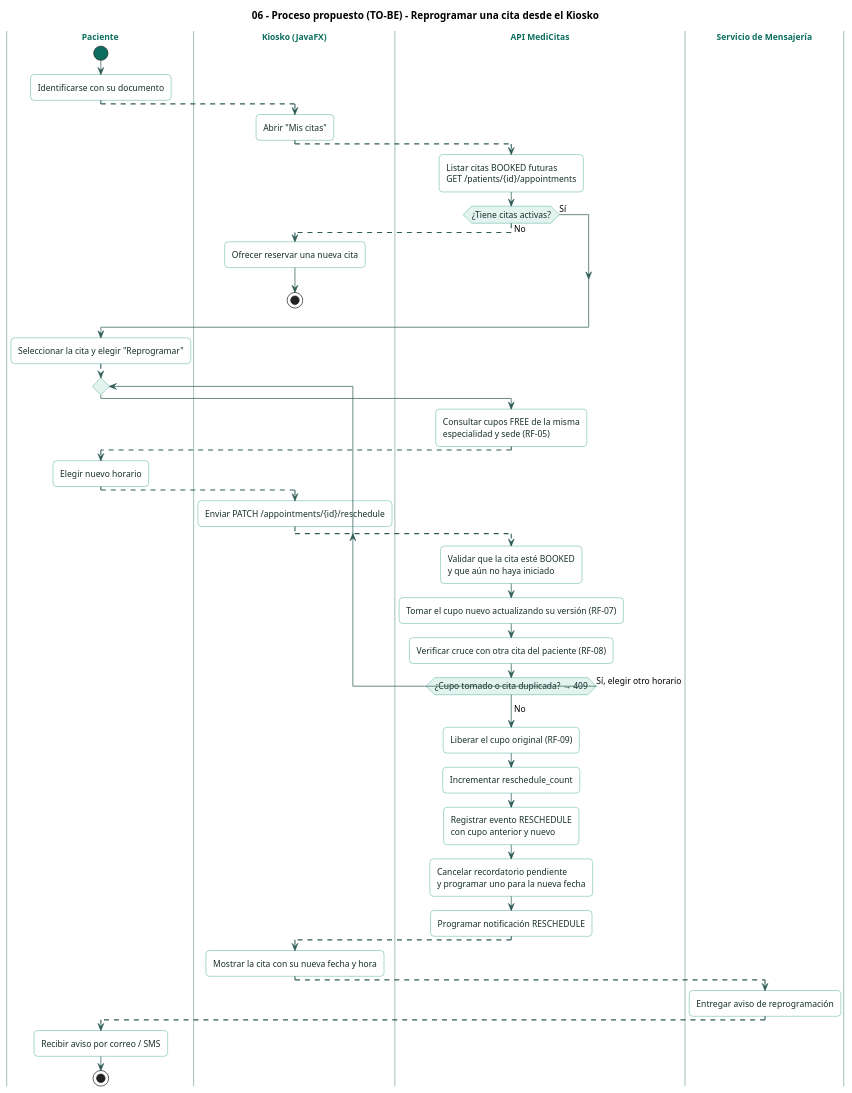
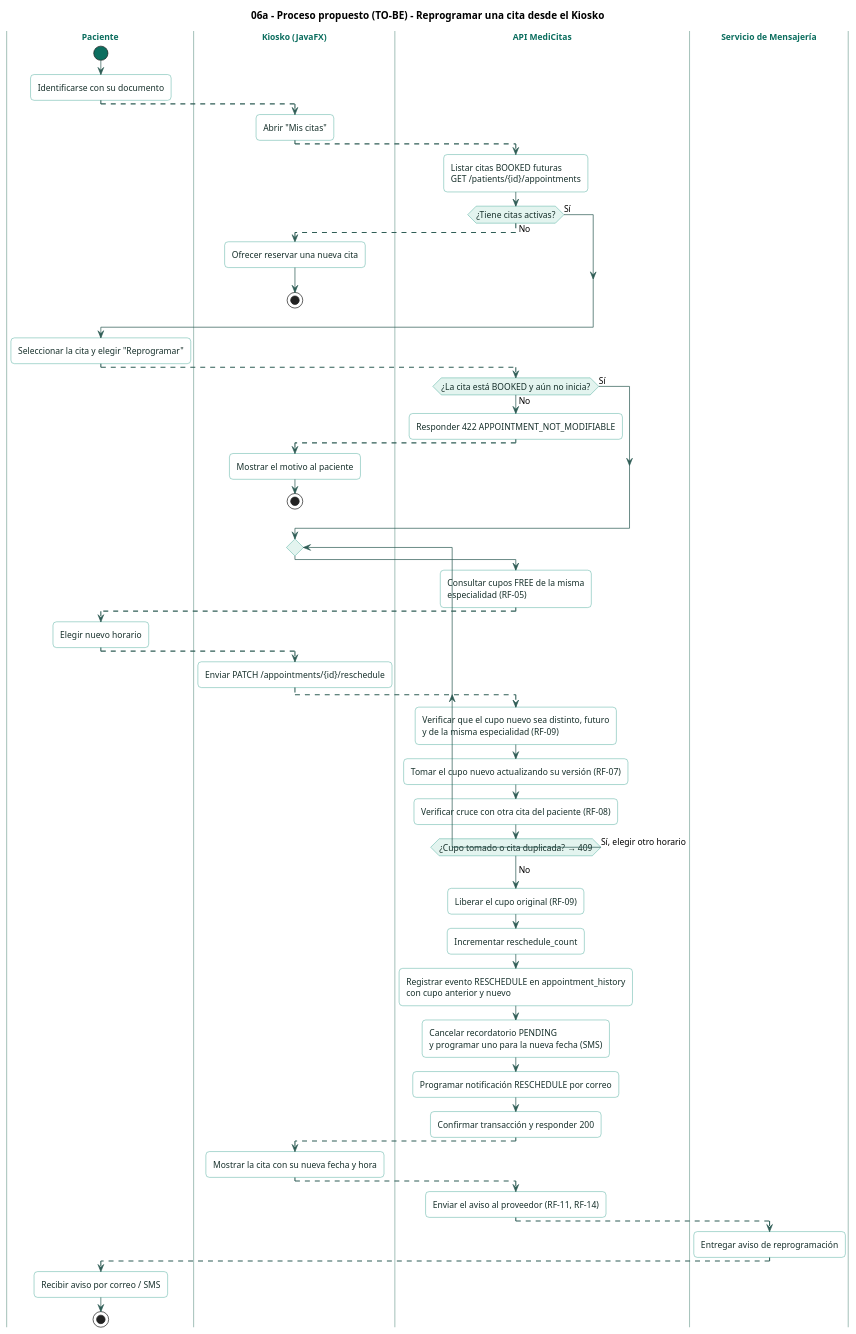
The diagram in docs/diagrams/06-process-reschedule.puml (Jimena-CC/ProyectoCitasMedicas), drawn with PlantUML before and after one commit. The commit also changed 6 other files, not shown here.

First line of the commit message:
docs(diagrams): corregir procesos y agregar atención del médico y ventanilla

```diff
--- a/docs/diagrams/06-process-reschedule.puml
+++ b/docs/diagrams/06-process-reschedule.puml
@@ -1,94 +1,109 @@
 @startuml
-title 06 - Proceso propuesto (TO-BE) - Reprogramar una cita desde el Kiosko
+title 06a - Proceso propuesto (TO-BE) - Reprogramar una cita desde el Kiosko
 
 skinparam shadowing false
 skinparam roundCorner 10
 skinparam defaultFontName "Helvetica"
 skinparam defaultFontSize 12
 skinparam ArrowColor #2F5D56
 skinparam SwimlaneBorderColor #A9C4BD
 skinparam SwimlaneTitleFontColor #0C6E5F
 skinparam SwimlaneTitleFontStyle bold
 skinparam activity {
   BackgroundColor #FFFFFF
   BorderColor #13917D
   FontColor #17302B
   DiamondBackgroundColor #E3F4EF
   DiamondBorderColor #13917D
   StartColor #0C6E5F
   EndColor #0C6E5F
 }
 skinparam note {
   BackgroundColor #FFF8E6
   BorderColor #D9B45A
   FontColor #3D3321
 }
 
 ' Orden de los carriles
 |Paciente|
 |Kiosko (JavaFX)|
 |API MediCitas|
 |Servicio de Mensajería|
 
 |Paciente|
 start
 :Identificarse con su documento;
 -[#2F5D56,dashed]->
 
 |Kiosko (JavaFX)|
 :Abrir "Mis citas";
 -[#2F5D56,dashed]->
 
 |API MediCitas|
 :Listar citas BOOKED futuras\nGET /patients/{id}/appointments;
 
 if (¿Tiene citas activas?) then (No)
   -[#2F5D56,dashed]->
   |Kiosko (JavaFX)|
   :Ofrecer reservar una nueva cita;
   stop
 else (Sí)
 endif
 -[#2F5D56,dashed]->
 
 |Paciente|
 :Seleccionar la cita y elegir "Reprogramar";
 -[#2F5D56,dashed]->
 
+|API MediCitas|
+if (¿La cita está BOOKED y aún no inicia?) then (No)
+  :Responder 422 APPOINTMENT_NOT_MODIFIABLE;
+  -[#2F5D56,dashed]->
+  |Kiosko (JavaFX)|
+  :Mostrar el motivo al paciente;
+  stop
+else (Sí)
+endif
+
 repeat
   |API MediCitas|
-  :Consultar cupos FREE de la misma\nespecialidad y sede (RF-05);
+  :Consultar cupos FREE de la misma\nespecialidad (RF-05);
   -[#2F5D56,dashed]->
   |Paciente|
   :Elegir nuevo horario;
   -[#2F5D56,dashed]->
   |Kiosko (JavaFX)|
   :Enviar PATCH /appointments/{id}/reschedule;
   -[#2F5D56,dashed]->
   |API MediCitas|
-  :Validar que la cita esté BOOKED\ny que aún no haya iniciado;
+  :Verificar que el cupo nuevo sea distinto, futuro\ny de la misma especialidad (RF-09);
   :Tomar el cupo nuevo actualizando su versión (RF-07);
   :Verificar cruce con otra cita del paciente (RF-08);
 repeat while (¿Cupo tomado o cita duplicada? → 409) is (Sí, elegir otro horario)
 ->No;
 
 :Liberar el cupo original (RF-09);
 :Incrementar reschedule_count;
-:Registrar evento RESCHEDULE\ncon cupo anterior y nuevo;
-:Cancelar recordatorio pendiente\ny programar uno para la nueva fecha;
-:Programar notificación RESCHEDULE;
+:Registrar evento RESCHEDULE en appointment_history\ncon cupo anterior y nuevo;
+:Cancelar recordatorio PENDING\ny programar uno para la nueva fecha (SMS);
+:Programar notificación RESCHEDULE por correo;
+:Confirmar transacción y responder 200;
 -[#2F5D56,dashed]->
 
 |Kiosko (JavaFX)|
 :Mostrar la cita con su nueva fecha y hora;
+-[#2F5D56,dashed]->
+
+|API MediCitas|
+:Enviar el aviso al proveedor (RF-11, RF-14);
 -[#2F5D56,dashed]->
 
 |Servicio de Mensajería|
 :Entregar aviso de reprogramación;
 -[#2F5D56,dashed]->
 
 |Paciente|
 :Recibir aviso por correo / SMS;
 stop
 
 @enduml
```
